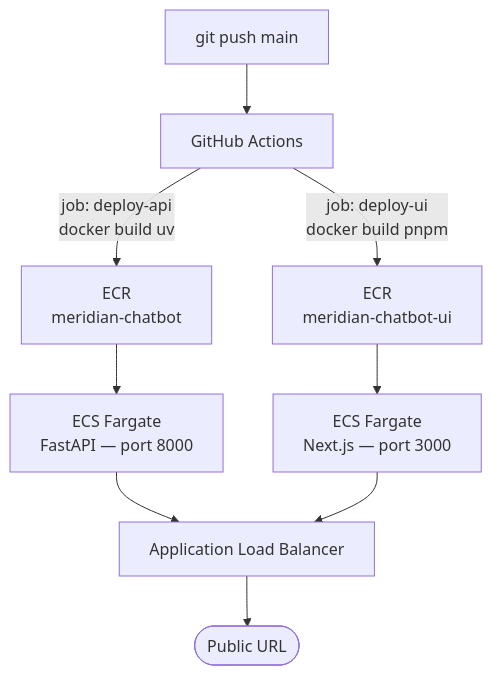
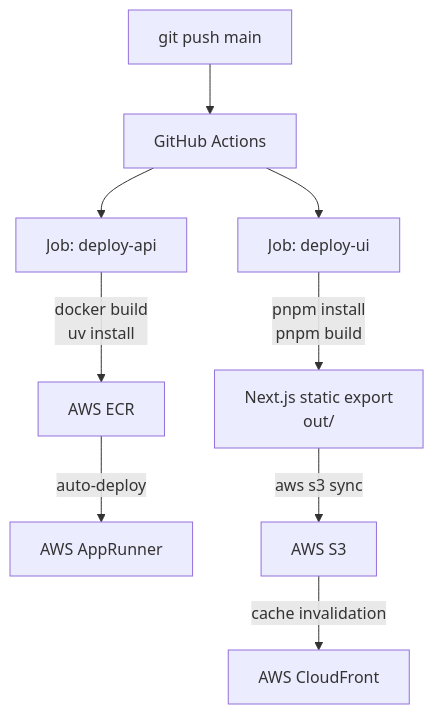
Before and after one commit to felixmakinda/meridian-chatbot: the sixth of 6 diagrams in ARCHITECTURE.md, drawn with Mermaid. The commit also changed other lines of this file, not shown here.

Commit message:
Update architecture to reflect AppRunner + CloudFront deployment

````diff
--- a/ARCHITECTURE.md
+++ b/ARCHITECTURE.md
@@ -137,15 +151,14 @@
 ```mermaid
 flowchart TD
     Dev[git push main] --> GHA[GitHub Actions]
 
-    GHA -->|job: deploy-api\ndocker build uv| ECR_API[ECR\nmeridian-chatbot]
-    GHA -->|job: deploy-ui\ndocker build pnpm| ECR_UI[ECR\nmeridian-chatbot-ui]
+    GHA --> A[Job: deploy-api]
+    GHA --> B[Job: deploy-ui]
 
-    ECR_API --> ECS_API[ECS Fargate\nFastAPI — port 8000]
-    ECR_UI  --> ECS_UI[ECS Fargate\nNext.js — port 3000]
+    A -->|docker build\nuv install| ECR[AWS ECR]
+    ECR -->|auto-deploy| AR[AWS AppRunner]
 
-    ECS_API --> ALB[Application Load Balancer]
-    ECS_UI  --> ALB
-
-    ALB --> Internet([Public URL])
+    B -->|pnpm install\npnpm build| OUT[Next.js static export\nout/]
+    OUT -->|aws s3 sync| S3[AWS S3]
+    S3 -->|cache invalidation| CF[AWS CloudFront]
 ```
````
